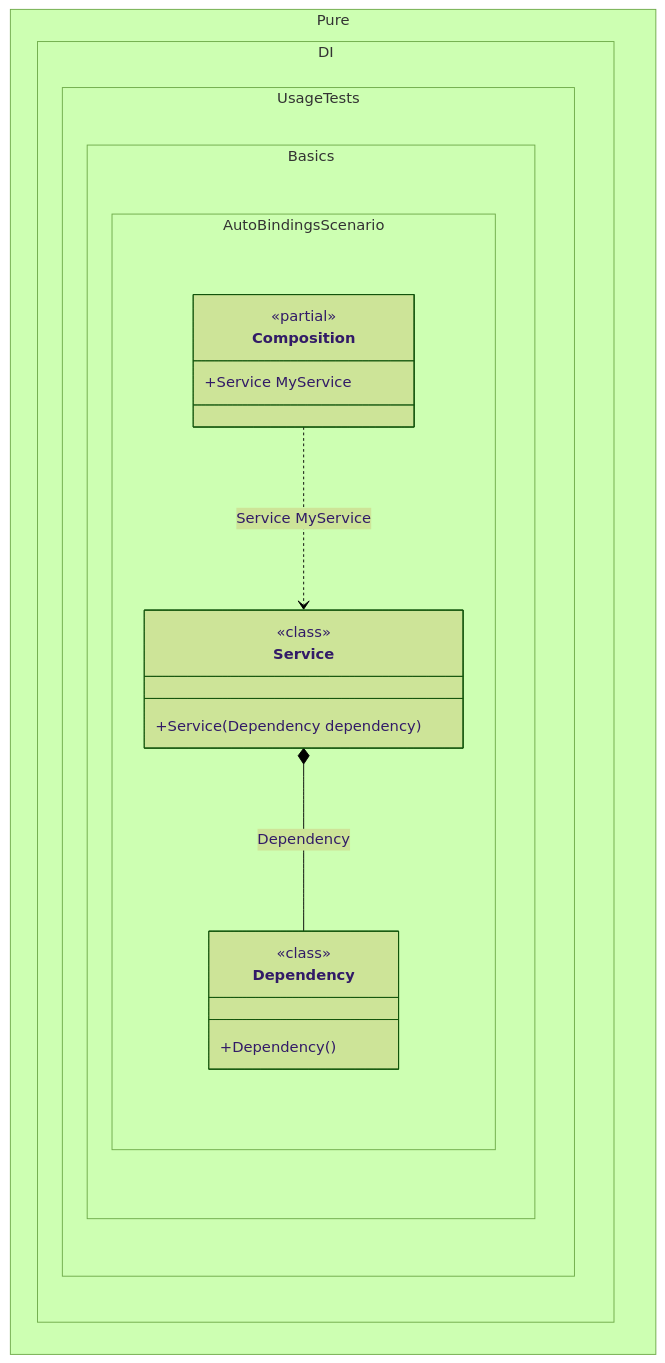
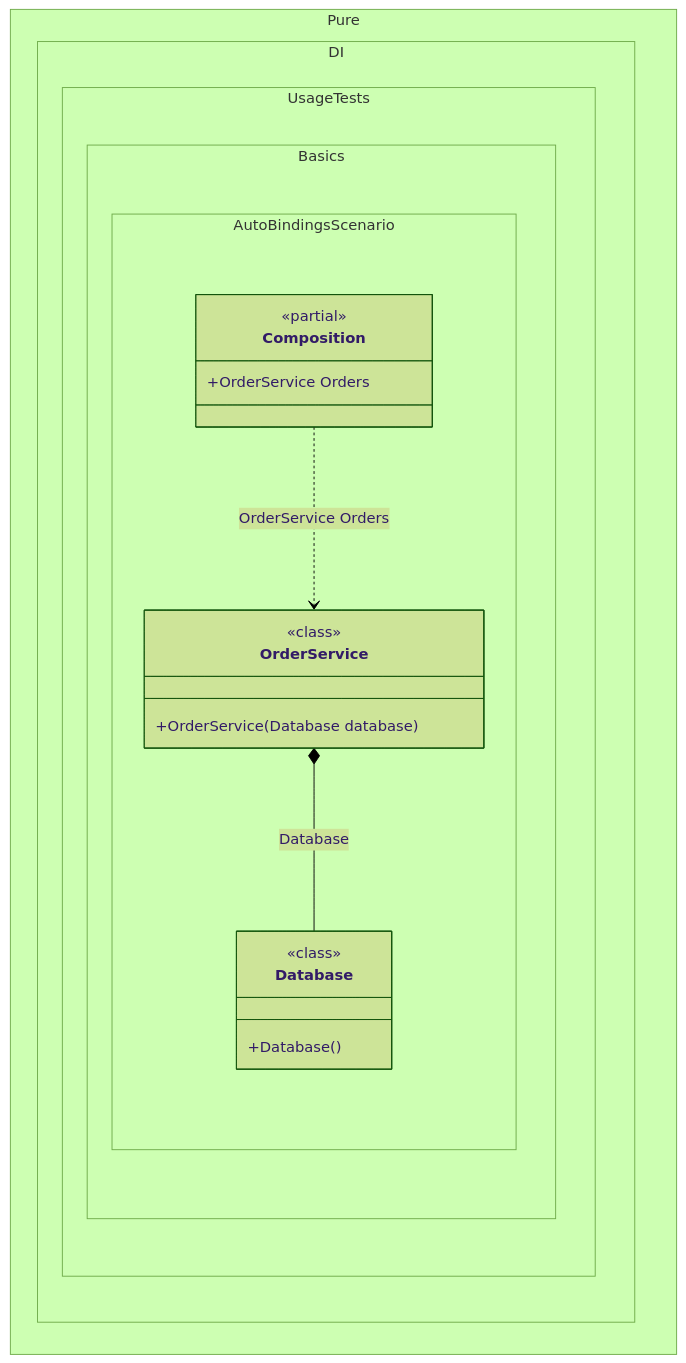
The diagram in readme/auto-bindings.md (DevTeam/Pure.DI), drawn with Mermaid (forest theme) before and after one commit. The commit also changed other lines of this file and 126 other files, not shown here.

````diff
--- a/readme/auto-bindings.md
+++ b/readme/auto-bindings.md
@@ -81,26 +81,26 @@
 ```mermaid
 ---
  config:
   maxTextSize: 2147483647
   maxEdges: 2147483647
   class:
    hideEmptyMembersBox: true
 ---
 classDiagram
-	Composition ..> Service : Service MyService
-	Service *--  Dependency : Dependency
+	Composition ..> OrderService : OrderService Orders
+	OrderService *--  Database : Database
 	namespace Pure.DI.UsageTests.Basics.AutoBindingsScenario {
 		class Composition {
 		<<partial>>
-		+Service MyService
+		+OrderService Orders
 		}
-		class Dependency {
+		class Database {
 				<<class>>
-			+Dependency()
+			+Database()
 		}
-		class Service {
+		class OrderService {
 				<<class>>
-			+Service(Dependency dependency)
+			+OrderService(Database database)
 		}
 	}
 ```
````
